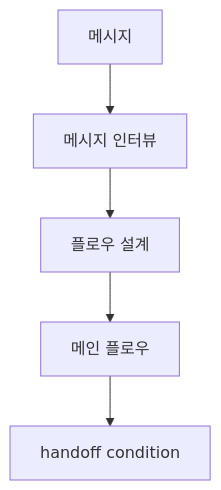
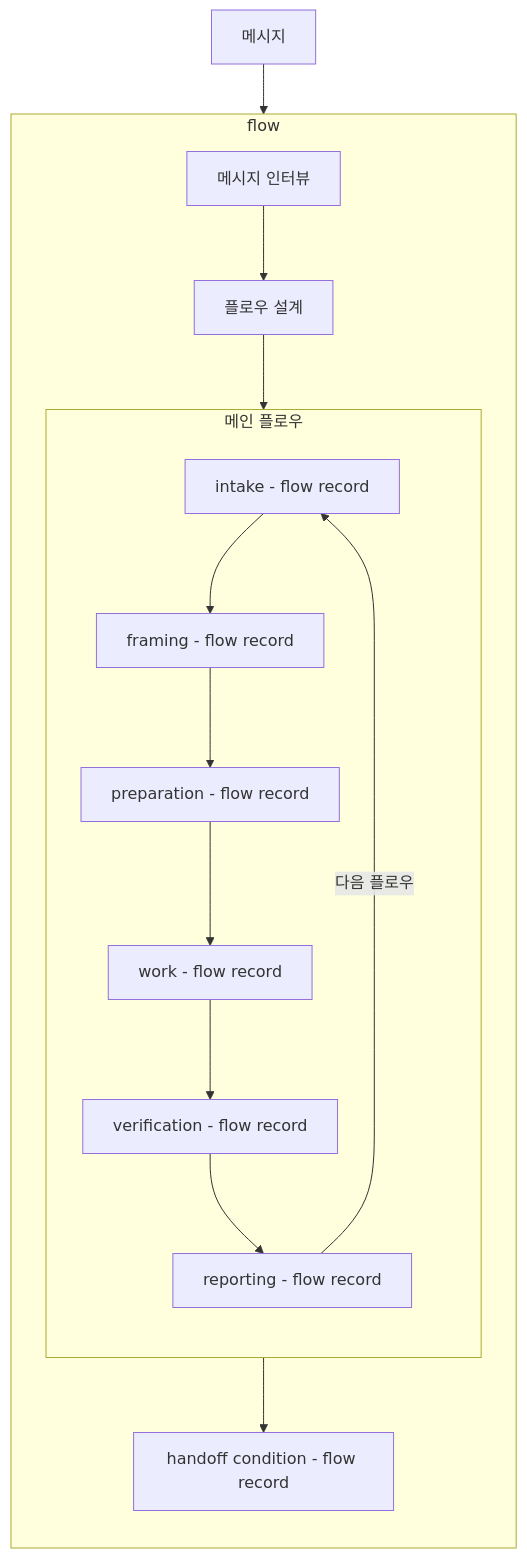
The first of 5 diagrams in src/loop-kit-dev/specs/skills/flow/intent.md (opnay/agent-plugins), drawn with Mermaid before and after one commit. The commit also changed other lines of this file, not shown here.

First line of the commit message:
docs: refine flow intent diagrams

````diff
--- a/src/loop-kit-dev/specs/skills/flow/intent.md
+++ b/src/loop-kit-dev/specs/skills/flow/intent.md
@@ -5,7 +5,22 @@
 ```mermaid
 graph TD
-  MESSAGE[메시지] --> INTERVIEW[메시지 인터뷰]
-  INTERVIEW --> DESIGN[플로우 설계]
-  DESIGN --> MAIN[메인 플로우]
-  MAIN --> HANDOFF[handoff condition]
+  MESSAGE[메시지] --> INTERVIEW
+
+  subgraph FLOW[flow]
+    direction TB
+    INTERVIEW[메시지 인터뷰] --> DESIGN[플로우 설계]
+    DESIGN --> MAIN
+
+    subgraph MAIN[메인 플로우]
+      direction TB
+      INTAKE[intake - flow record] --> FRAMING[framing - flow record]
+      FRAMING --> PREP[preparation - flow record]
+      PREP --> WORK[work - flow record]
+      WORK --> VERIFY[verification - flow record]
+      VERIFY --> REPORT[reporting - flow record]
+    end
+
+    REPORT -->|다음 플로우| INTAKE
+    MAIN --> HANDOFF[handoff condition - flow record]
+  end
 ```
````
